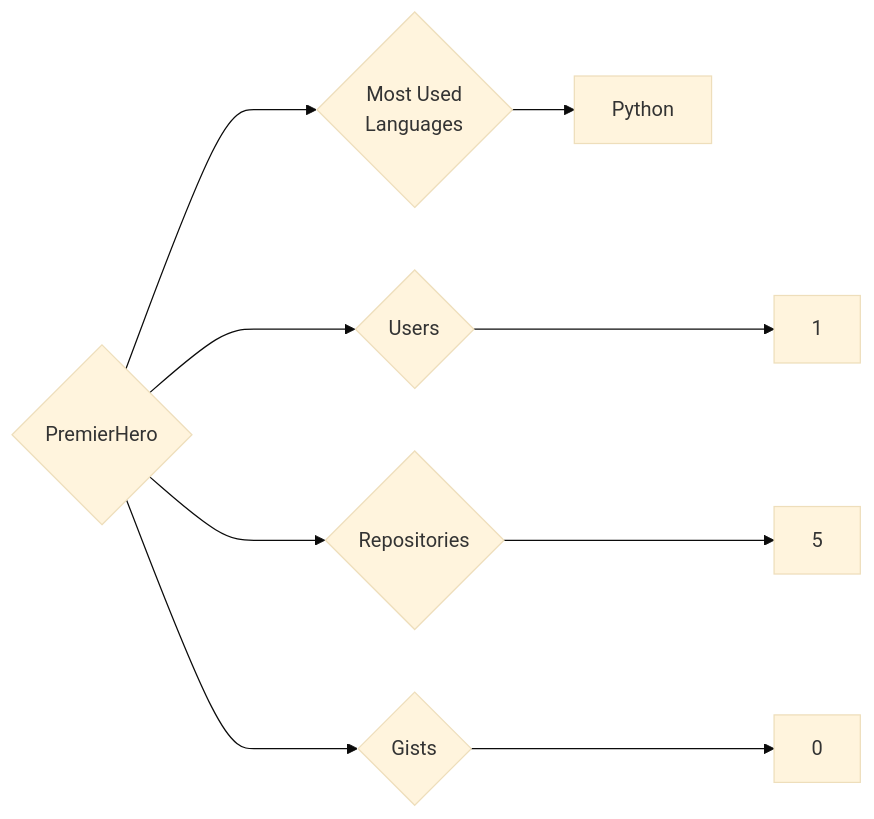
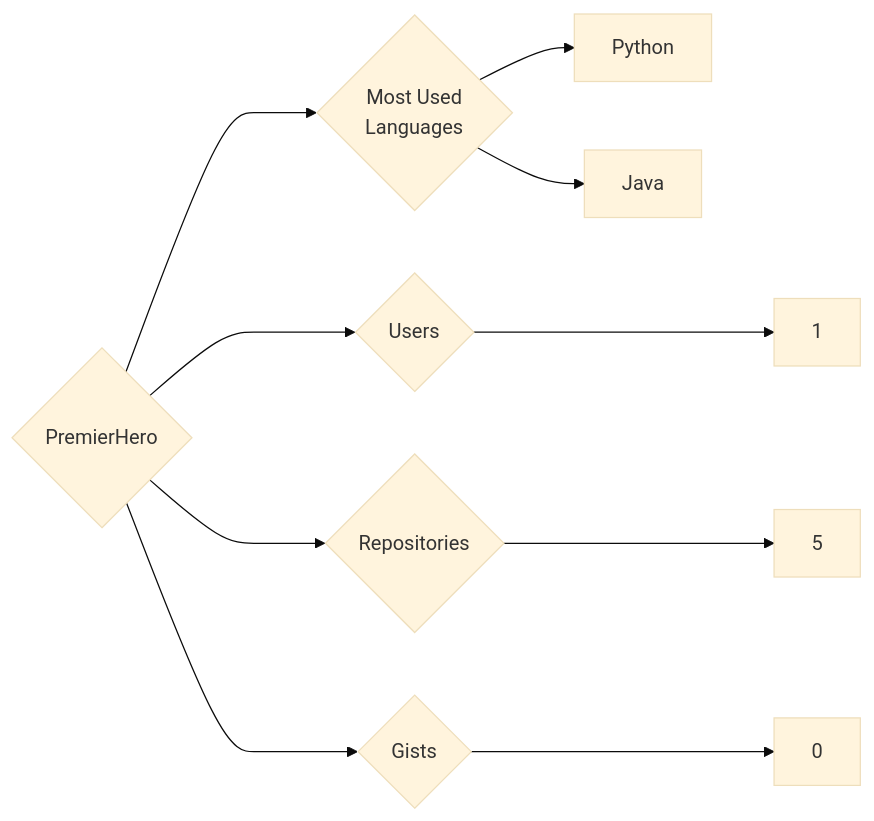
The diagram in targets/PremierHero/README.md (trickest/insiders), drawn with Mermaid (base theme) before and after one commit. The commit also changed 1479 other files, not shown here.

````diff
--- a/targets/PremierHero/README.md
+++ b/targets/PremierHero/README.md
@@ -3,9 +3,10 @@
 ```mermaid
 graph LR
 COMPANY_NAME{PremierHero}
 COMPANY_NAME ---> U{Users} ---> UN[1]
 COMPANY_NAME ---> R{Repositories} ---> RN[5]
 COMPANY_NAME ---> G{Gists} ---> GN[0]
 COMPANY_NAME ---> ML{Most Used<br>Languages}
 ML --> Python[Python]
+ML --> Java[Java]
 ```
````
